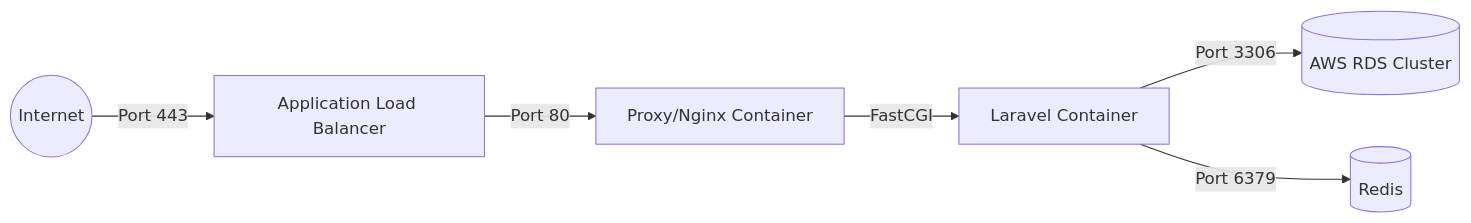
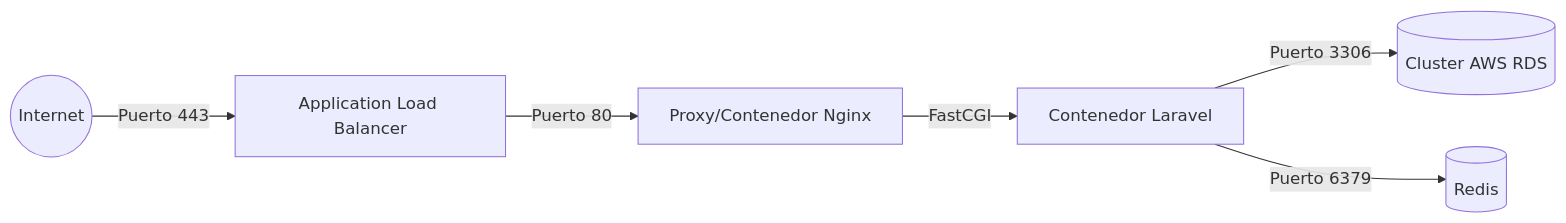
The diagram in DOCS/INFRASTRUCTURE.md (PROYECTO-INTEGRADOR-DAW-2/Proyecto-Intermodular-Laravel), drawn with Mermaid before and after one commit. The commit also changed other lines of this file and 5 other files, not shown here.

````diff
--- a/DOCS/INFRASTRUCTURE.md
+++ b/DOCS/INFRASTRUCTURE.md
@@ -24,8 +28,8 @@
 ```mermaid
 graph LR
-    Internet((Internet)) -->|Port 443| ALB[Application Load Balancer]
-    ALB -->|Port 80| Nginx[Proxy/Nginx Container]
-    Nginx -->|FastCGI| App[Laravel Container]
-    App -->|Port 3306| RDS[(AWS RDS Cluster)]
-    App -->|Port 6379| Redis[(Redis)]
+    Internet((Internet)) -->|Puerto 443| ALB[Application Load Balancer]
+    ALB -->|Puerto 80| Nginx[Proxy/Contenedor Nginx]
+    Nginx -->|FastCGI| App[Contenedor Laravel]
+    App -->|Puerto 3306| RDS[(Cluster AWS RDS)]
+    App -->|Puerto 6379| Redis[(Redis)]
 ```
````
